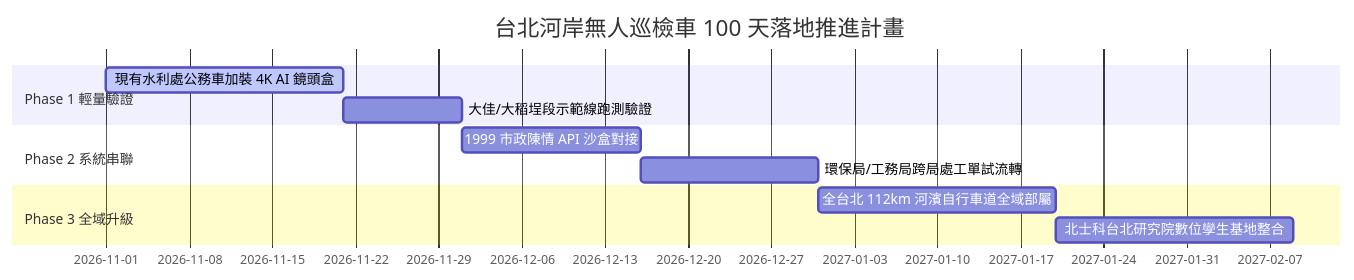
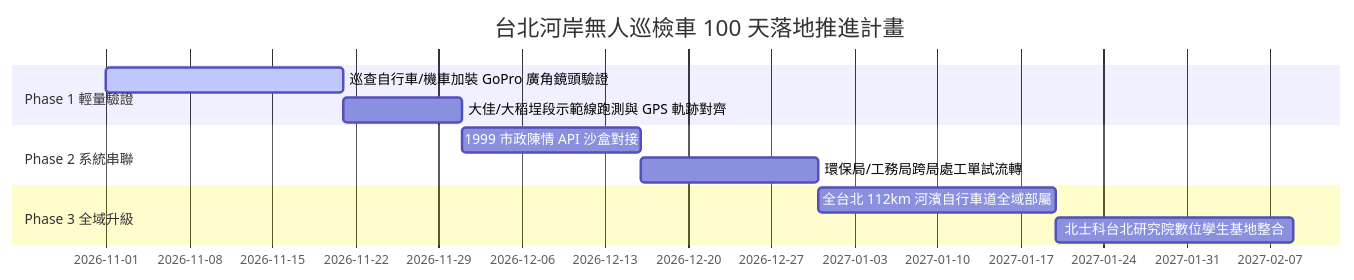
The second of 2 diagrams in SYSTEM_PROPOSAL.md (Reinhard0114/RX-0), drawn with Mermaid before and after one commit. The commit also changed other lines of this file and 12 other files, not shown here.

````diff
--- a/SYSTEM_PROPOSAL.md
+++ b/SYSTEM_PROPOSAL.md
@@ -143,14 +147,14 @@
 ```mermaid
 gantt
     title 台北河岸無人巡檢車 100 天落地推進計畫
     dateFormat  YYYY-MM-DD
     section Phase 1 輕量驗證
-    現有水利處公務車加裝 4K AI 鏡頭盒 :active, p1_1, 2026-11-01, 20d
-    大佳/大稻埕段示範線跑測驗證 :p1_2, after p1_1, 10d
+    巡查自行車/機車加裝 GoPro 廣角鏡頭驗證 :active, p1_1, 2026-11-01, 20d
+    大佳/大稻埕段示範線跑測與 GPS 軌跡對齊 :p1_2, after p1_1, 10d
     section Phase 2 系統串聯
     1999 市政陳情 API 沙盒對接 :p2_1, after p1_2, 15d
     環保局/工務局跨局處工單試流轉 :p2_2, after p2_1, 15d
     section Phase 3 全域升級
     全台北 112km 河濱自行車道全域部屬 :p3_1, after p2_2, 20d
     北士科台北研究院數位孿生基地整合 :p3_2, after p3_1, 20d
 ```
````
